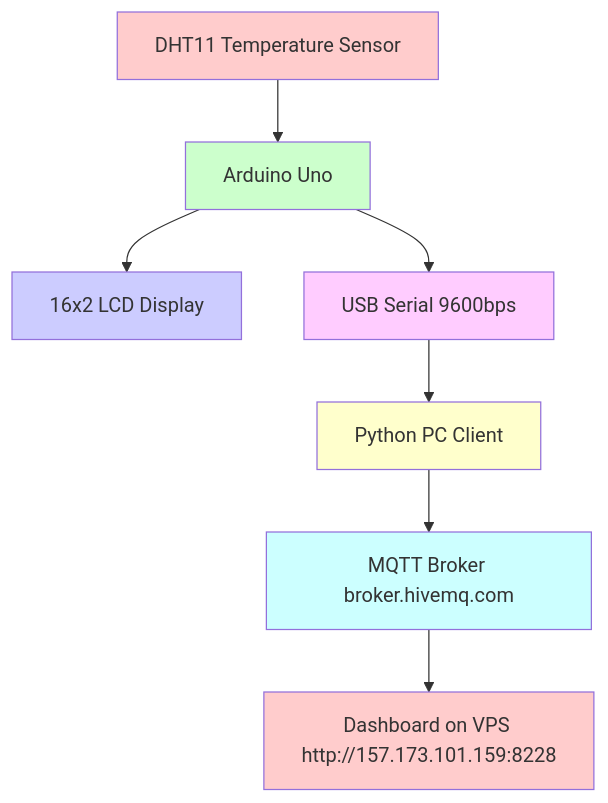
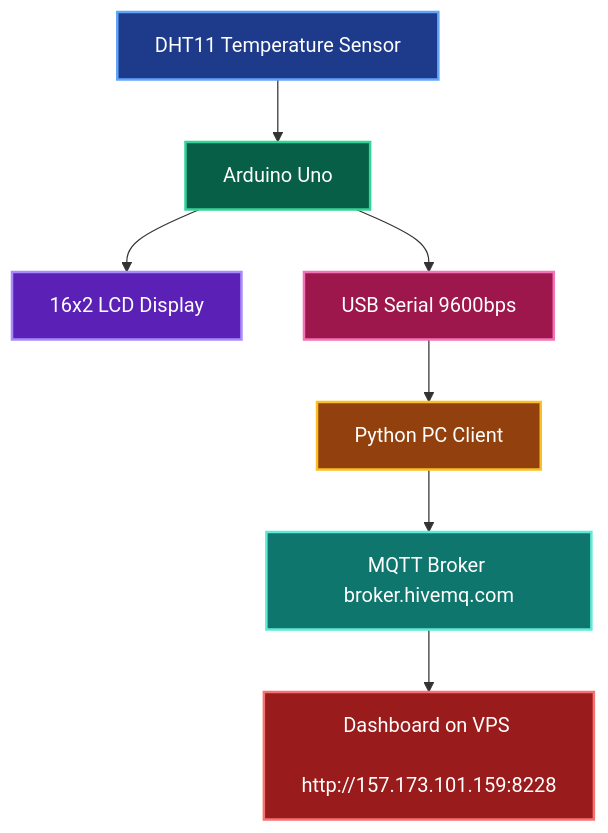
The diagram in README.md (Ki-Will/DHT-MQTT-DISPlAY), drawn with Mermaid before and after one commit.

Commit message:
Enhance mermaid diagram in README.md
Updated the mermaid diagram styles and formatting in the README.

````diff
--- a/README.md
+++ b/README.md
@@ -11,16 +10,17 @@
-```mermaid
+```mermaid 
 flowchart TD
     A[DHT11 Temperature Sensor] --> B[Arduino Uno]
     B --> C[16x2 LCD Display]
     B --> D[USB Serial 9600bps]
     D --> E[Python PC Client]
     E --> F[MQTT Broker broker.hivemq.com]
-    F --> G[Dashboard on VPS http://157.173.101.159:8228]
-    style A fill:#ffcccc
-    style B fill:#ccffcc
-    style C fill:#ccccff
-    style D fill:#ffccff
-    style E fill:#ffffcc
-    style F fill:#ccffff
-    style G fill:#ffcccc
+    F --> G[Dashboard on VPS \n http://157.173.101.159:8228]
+
+    style A fill:#1E3A8A,color:#FFFFFF,stroke:#60A5FA,stroke-width:2px
+    style B fill:#065F46,color:#FFFFFF,stroke:#34D399,stroke-width:2px
+    style C fill:#5B21B6,color:#FFFFFF,stroke:#A78BFA,stroke-width:2px
+    style D fill:#9D174D,color:#FFFFFF,stroke:#F472B6,stroke-width:2px
+    style E fill:#92400E,color:#FFFFFF,stroke:#FBBF24,stroke-width:2px
+    style F fill:#0F766E,color:#FFFFFF,stroke:#5EEAD4,stroke-width:2px
+    style G fill:#991B1B,color:#FFFFFF,stroke:#F87171,stroke-width:2px
 ```
````
